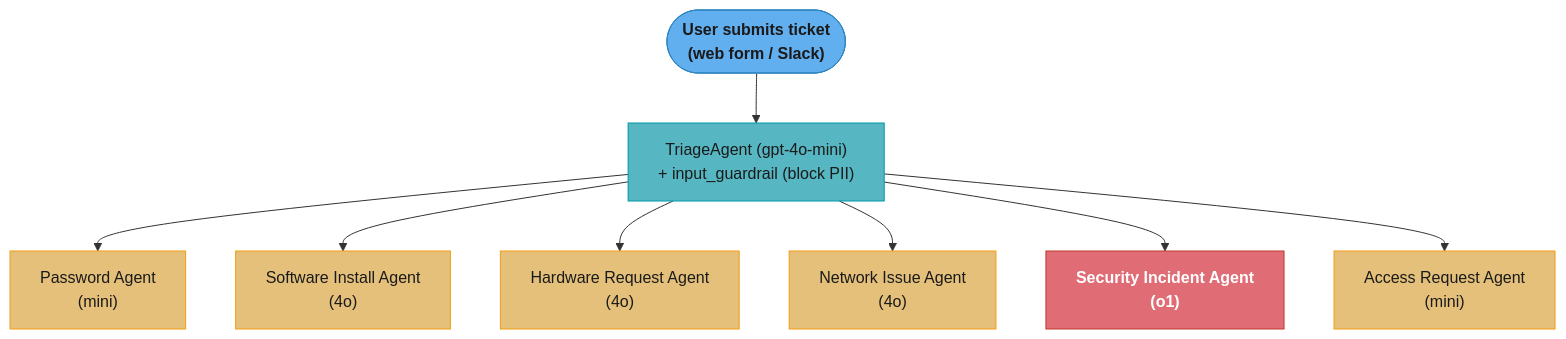
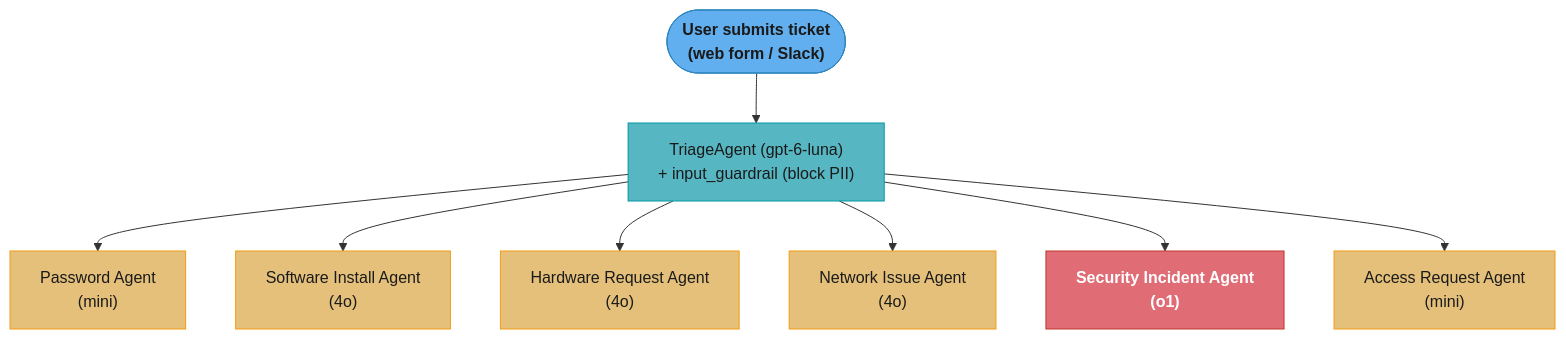
Before and after one commit to rppol/system-design: the third of 3 diagrams in src/main/java/com/rutik/systemdesign/llm/agentic_frameworks/openai_agents_sdk.md, drawn with Mermaid. The commit also changed other lines of this file and 70 other files, not shown here.

````diff
--- a/src/main/java/com/rutik/systemdesign/llm/agentic_frameworks/openai_agents_sdk.md
+++ b/src/main/java/com/rutik/systemdesign/llm/agentic_frameworks/openai_agents_sdk.md
@@ -560,23 +562,23 @@
 ```mermaid
 flowchart TD
     classDef io      fill:#61afef,stroke:#2e86c1,color:#1a1a1a,font-weight:bold
     classDef frozen  fill:#c678dd,stroke:#9b59b6,color:#fff
     classDef train   fill:#98c379,stroke:#27ae60,color:#1a1a1a
     classDef mathOp  fill:#d19a66,stroke:#e67e22,color:#1a1a1a,font-weight:bold
     classDef lossN   fill:#e06c75,stroke:#c0392b,color:#fff,font-weight:bold
     classDef req     fill:#56b6c2,stroke:#0097a7,color:#1a1a1a
     classDef base    fill:#e5c07b,stroke:#f39c12,color:#1a1a1a
 
-    USER(["User submits ticket\n(web form / Slack)"]) --> TRIAGE["TriageAgent (gpt-4o-mini)\n+ input_guardrail (block PII)"]
+    USER(["User submits ticket\n(web form / Slack)"]) --> TRIAGE["TriageAgent (gpt-6-luna)\n+ input_guardrail (block PII)"]
     TRIAGE --> PW["Password Agent\n(mini)"]
     TRIAGE --> SW["Software Install Agent\n(4o)"]
     TRIAGE --> HW["Hardware Request Agent\n(4o)"]
     TRIAGE --> NET["Network Issue Agent\n(4o)"]
     TRIAGE --> SEC["Security Incident Agent\n(o1)"]
     TRIAGE --> ACC["Access Request Agent\n(mini)"]
 
     class USER io
     class TRIAGE req
     class PW,SW,HW,NET,ACC base
     class SEC lossN
 ```
````
